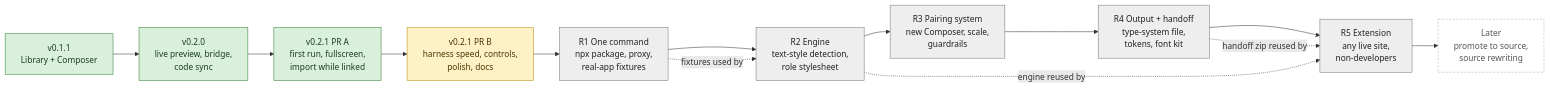
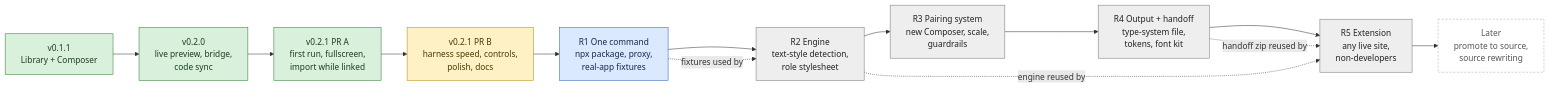
One commit to pterw/font-kit-studio changed the diagram in docs/plans/2026-10-03-roadmap.md. Above: the diagram before and after it, drawn with Mermaid. The commit also changed other lines of this file and 14 other files, not shown here.

````diff
--- a/docs/plans/2026-10-03-roadmap.md
+++ b/docs/plans/2026-10-03-roadmap.md
@@ -25,24 +25,24 @@
 ```mermaid
 flowchart LR
     classDef done fill:#d8f0dc,stroke:#2e7d32,color:#1b3d1f
     classDef active fill:#fff1c6,stroke:#b8860b,color:#4a3700
     classDef next fill:#dbe9ff,stroke:#2f5fb3,color:#14284d
     classDef planned fill:#eeeeee,stroke:#777,color:#222
     classDef later fill:#ffffff,stroke:#aaa,color:#555,stroke-dasharray:4 3
 
     V01["v0.1.1<br/>Library + Composer"]:::done
     V02["v0.2.0<br/>live preview, bridge,<br/>code sync"]:::done
     PRA["v0.2.1 PR A<br/>first run, fullscreen,<br/>import while linked"]:::done
     PRB["v0.2.1 PR B<br/>harness speed, controls,<br/>polish, docs"]:::active
-    R1["R1 One command<br/>npx package, proxy,<br/>real-app fixtures"]:::planned
+    R1["R1 One command<br/>npx package, proxy,<br/>real-app fixtures"]:::next
     R2["R2 Engine<br/>text-style detection,<br/>role stylesheet"]:::planned
     R3["R3 Pairing system<br/>new Composer, scale,<br/>guardrails"]:::planned
     R4["R4 Output + handoff<br/>type-system file,<br/>tokens, font kit"]:::planned
     R5["R5 Extension<br/>any live site,<br/>non-developers"]:::planned
     L["Later<br/>promote to source,<br/>source rewriting"]:::later
 
     V01 --> V02 --> PRA --> PRB --> R1 --> R2 --> R3 --> R4 --> R5 --> L
     R1 -. fixtures used by .-> R2
     R2 -. engine reused by .-> R5
     R4 -. handoff zip reused by .-> R5
 ```
````
